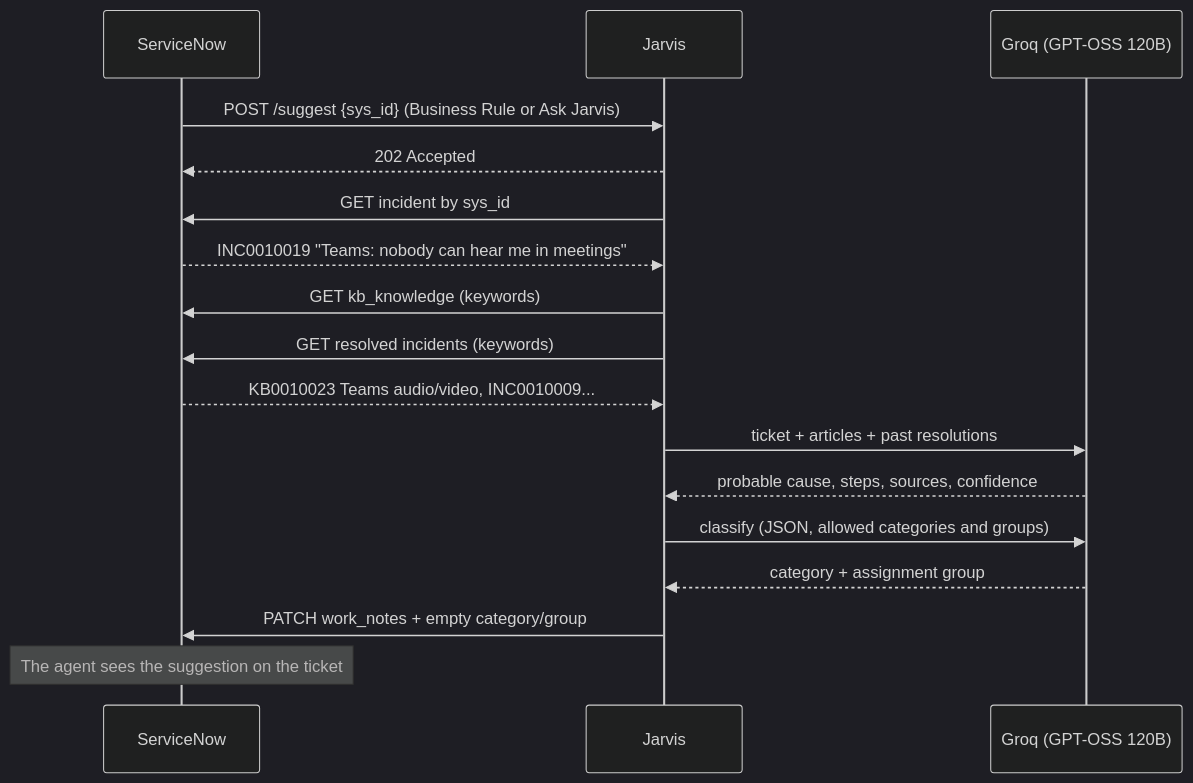
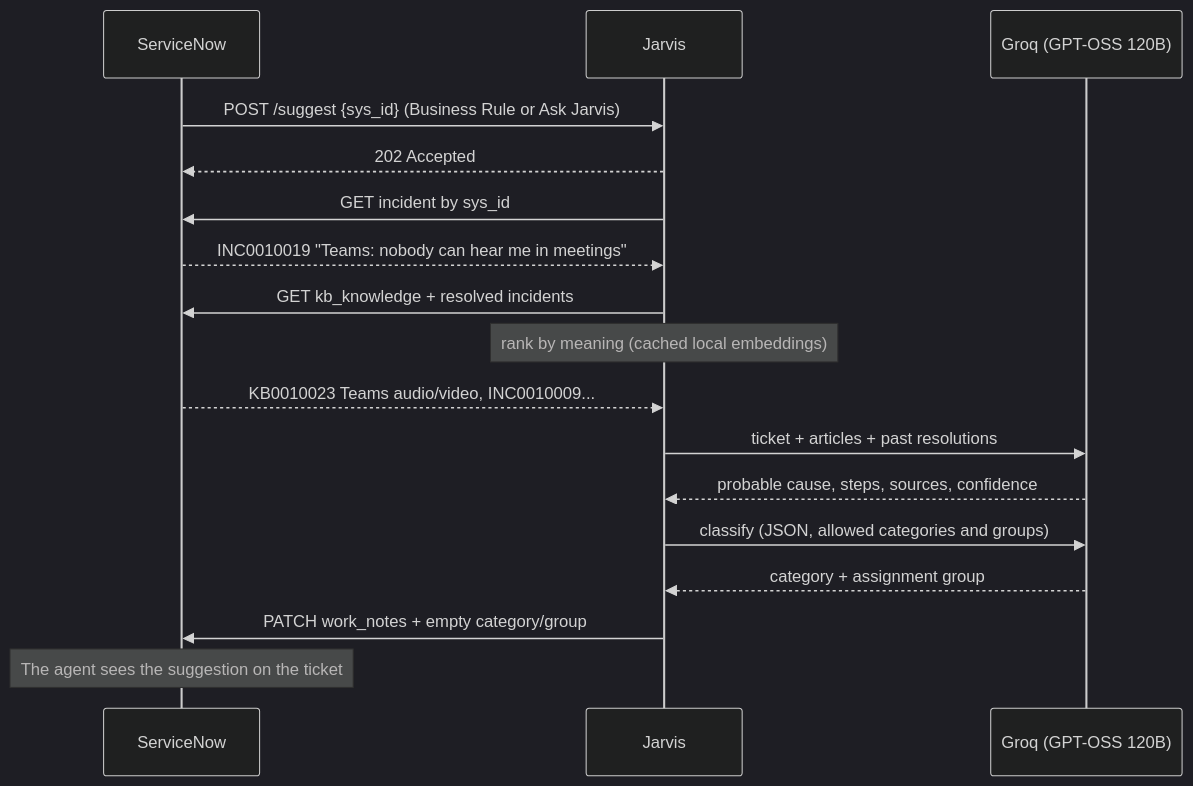
One commit to tortonef/jarvis-servicenow changed the second of 2 diagrams in README.md. Above: the diagram before and after it, drawn with Mermaid (dark theme). The commit also changed other lines of this file and 10 other files, not shown here.

First line of the commit message:
Semantic search with local embeddings

````diff
--- a/README.md
+++ b/README.md
@@ -30,19 +30,19 @@
 ```mermaid
 sequenceDiagram
     participant SN as ServiceNow
     participant J as Jarvis
     participant LLM as Groq (GPT-OSS 120B)
     SN->>J: POST /suggest {sys_id} (Business Rule or Ask Jarvis)
     J-->>SN: 202 Accepted
     J->>SN: GET incident by sys_id
     SN-->>J: INC0010019 "Teams: nobody can hear me in meetings"
-    J->>SN: GET kb_knowledge (keywords)
-    J->>SN: GET resolved incidents (keywords)
+    J->>SN: GET kb_knowledge + resolved incidents
+    Note over J: rank by meaning (cached local embeddings)
     SN-->>J: KB0010023 Teams audio/video, INC0010009...
     J->>LLM: ticket + articles + past resolutions
     LLM-->>J: probable cause, steps, sources, confidence
     J->>LLM: classify (JSON, allowed categories and groups)
     LLM-->>J: category + assignment group
     J->>SN: PATCH work_notes + empty category/group
     Note over SN: The agent sees the suggestion on the ticket
 ```
````
